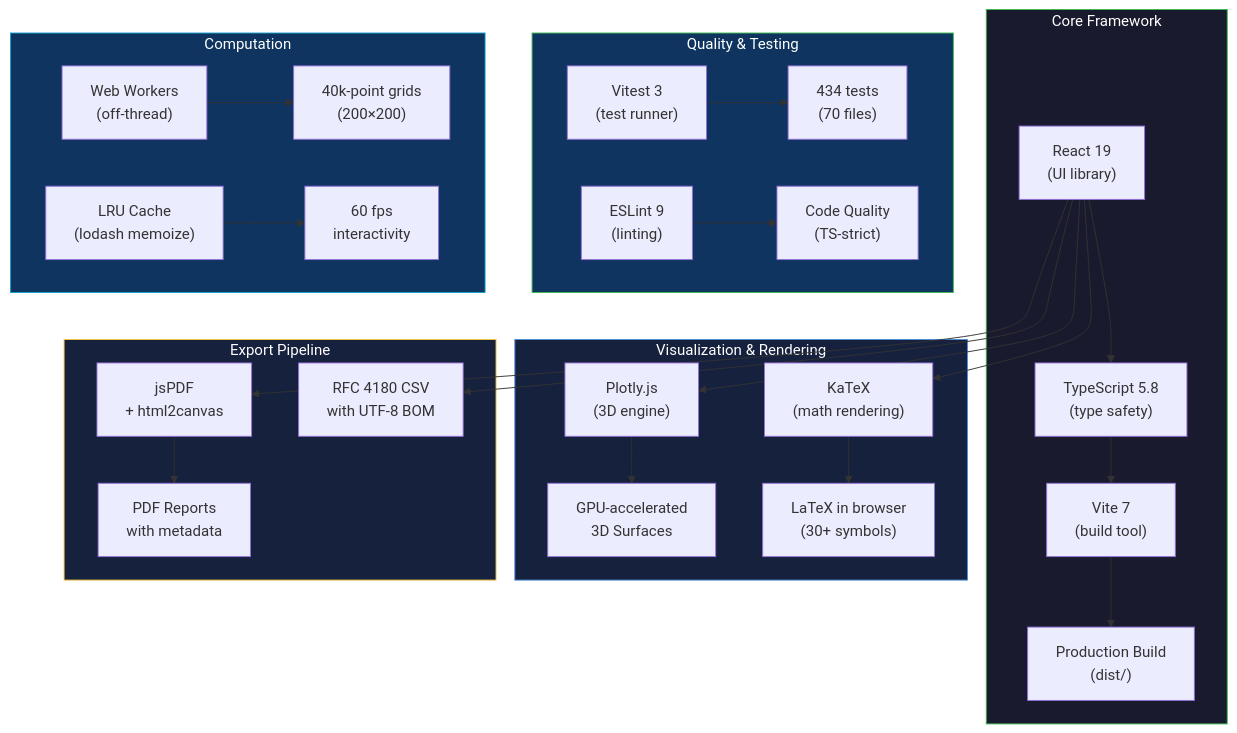
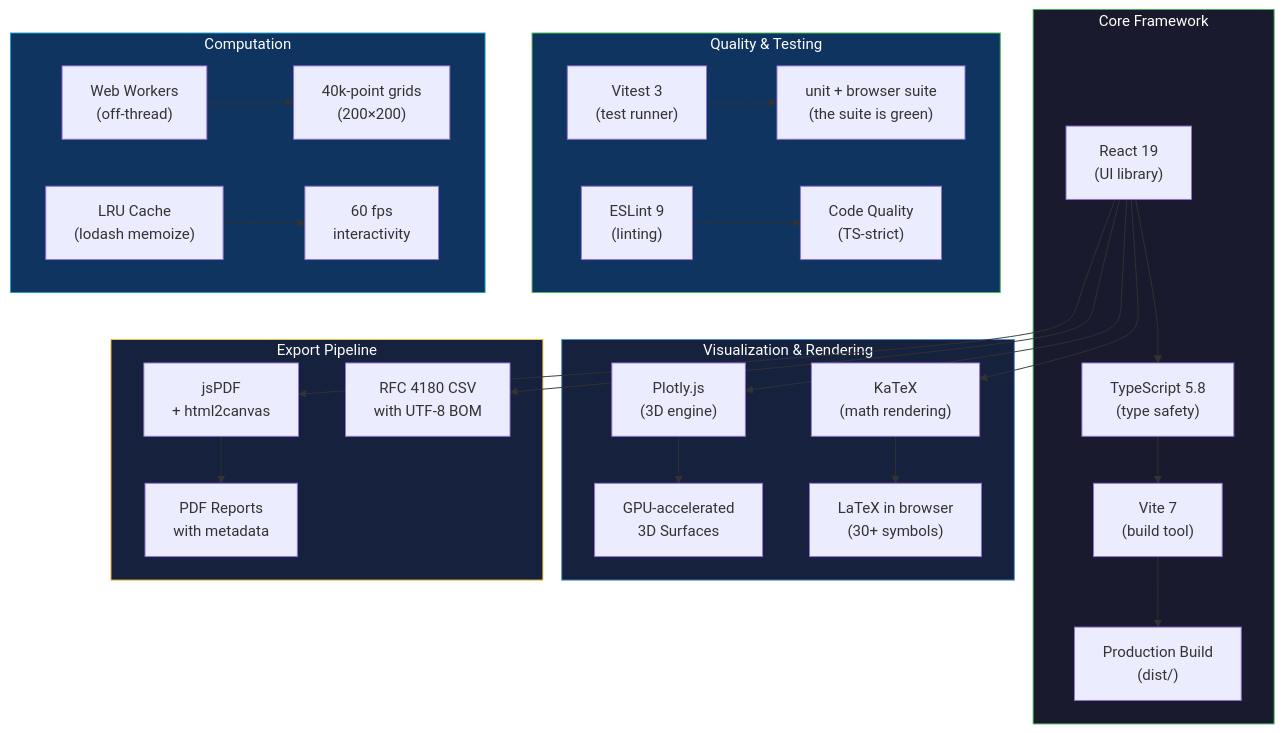
The third of 15 diagrams in README.md (mustafaras/belief_emergence), drawn with Mermaid before and after one commit. The commit also changed other lines of this file and 8 other files, not shown here.

````diff
--- a/README.md
+++ b/README.md
@@ -1156,37 +1156,37 @@
 ```mermaid
 graph TD
     subgraph Core["Core Framework"]
         A["React 19\n(UI library)"] --> B["TypeScript 5.8\n(type safety)"]
         B --> C["Vite 7\n(build tool)"]
         C --> D["Production Build\n(dist/)"]
     end
     
     subgraph Viz["Visualization & Rendering"]
         A --> E["Plotly.js\n(3D engine)"]
         E --> F["GPU-accelerated\n3D Surfaces"]
         A --> G["KaTeX\n(math rendering)"]
         G --> H["LaTeX in browser\n(30+ symbols)"]
     end
 
     subgraph Export["Export Pipeline"]
         A --> I["jsPDF\n+ html2canvas"]
         I --> J["PDF Reports\nwith metadata"]
         A --> J2["RFC 4180 CSV\nwith UTF-8 BOM"]
     end
 
     subgraph Quality["Quality & Testing"]
-        K["Vitest 3\n(test runner)"] --> L["434 tests\n(70 files)"]
+        K["Vitest 3\n(test runner)"] --> L["unit + browser suite\n(the suite is green)"]
         M["ESLint 9\n(linting)"] --> N["Code Quality\n(TS-strict)"]
     end
 
     subgraph Compute["Computation"]
         W["Web Workers\n(off-thread)"] --> WG["40k-point grids\n(200×200)"]
         LRU["LRU Cache\n(lodash memoize)"] --> Perf["60 fps\ninteractivity"]
     end
 
     style Core fill:#1a1a2e,stroke:#3fb950,color:#fff
     style Viz fill:#16213e,stroke:#4c8eda,color:#fff
     style Export fill:#16213e,stroke:#f5c842,color:#fff
     style Quality fill:#0f3460,stroke:#3fb950,color:#fff
     style Compute fill:#0f3460,stroke:#149eca,color:#fff
 ```
````
